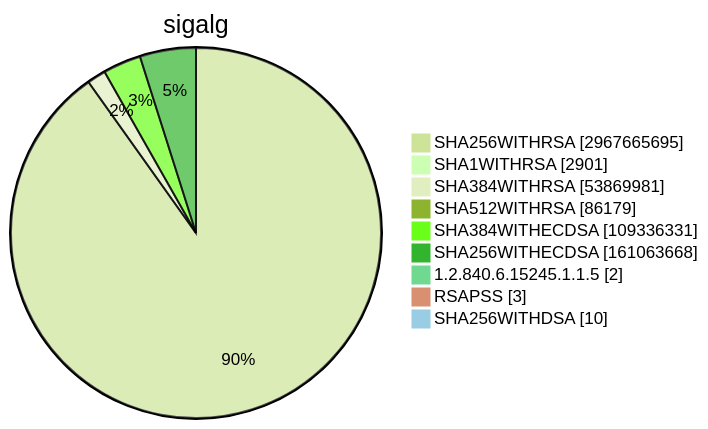
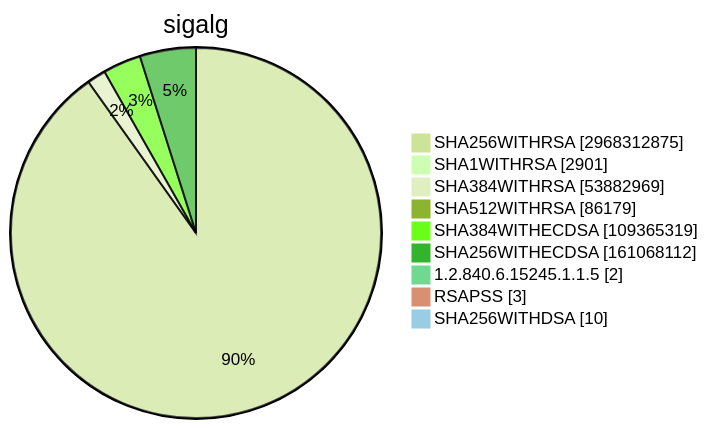
One commit to christiankrug/ctmonitor_visualization changed diagram 15 of 15 in TOTAL/README.md. Above: the diagram before and after it, drawn with Mermaid (forest theme). The commit also changed other lines of this file, not shown here.

````diff
--- a/TOTAL/README.md
+++ b/TOTAL/README.md
@@ -6208,13 +6208,13 @@
 ```mermaid
 pie showData
 title sigalg
-"SHA256WITHRSA" :2967665695
+"SHA256WITHRSA" :2968312875
 "SHA1WITHRSA" :2901
-"SHA384WITHRSA" :53869981
+"SHA384WITHRSA" :53882969
 "SHA512WITHRSA" :86179
-"SHA384WITHECDSA" :109336331
-"SHA256WITHECDSA" :161063668
+"SHA384WITHECDSA" :109365319
+"SHA256WITHECDSA" :161068112
 "1.2.840.6.15245.1.1.5" :2
 "RSAPSS" :3
 "SHA256WITHDSA" :10
 ```
````
